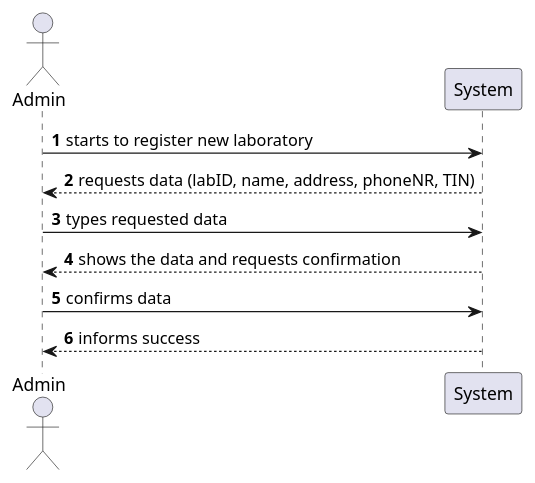
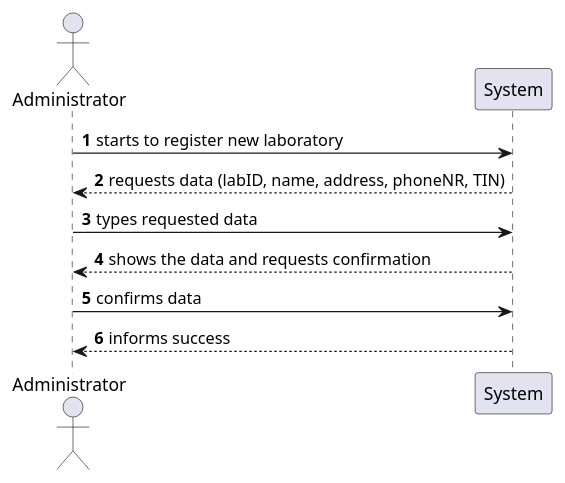
The diagram in docs/SprintB/US8/US8_SSD.puml (jsmarques98/LAPR2-ISEP), drawn with PlantUML before and after one commit. The commit also changed 66 other files, not shown here.

```diff
--- a/docs/SprintB/US8/US8_SSD.puml
+++ b/docs/SprintB/US8/US8_SSD.puml
@@ -1,16 +1,16 @@
 @startuml
 'https://plantuml.com/sequence-diagram
 
 autonumber
 
-actor  "Admin"
+actor  "Administrator" as Admin
 
 Admin -> System: starts to register new laboratory
 System --> Admin: requests data (labID, name, address, phoneNR, TIN)
 
 Admin -> System: types requested data
 System --> Admin: shows the data and requests confirmation
 
 Admin -> System: confirms data
 System --> Admin: informs success
 @enduml
```
